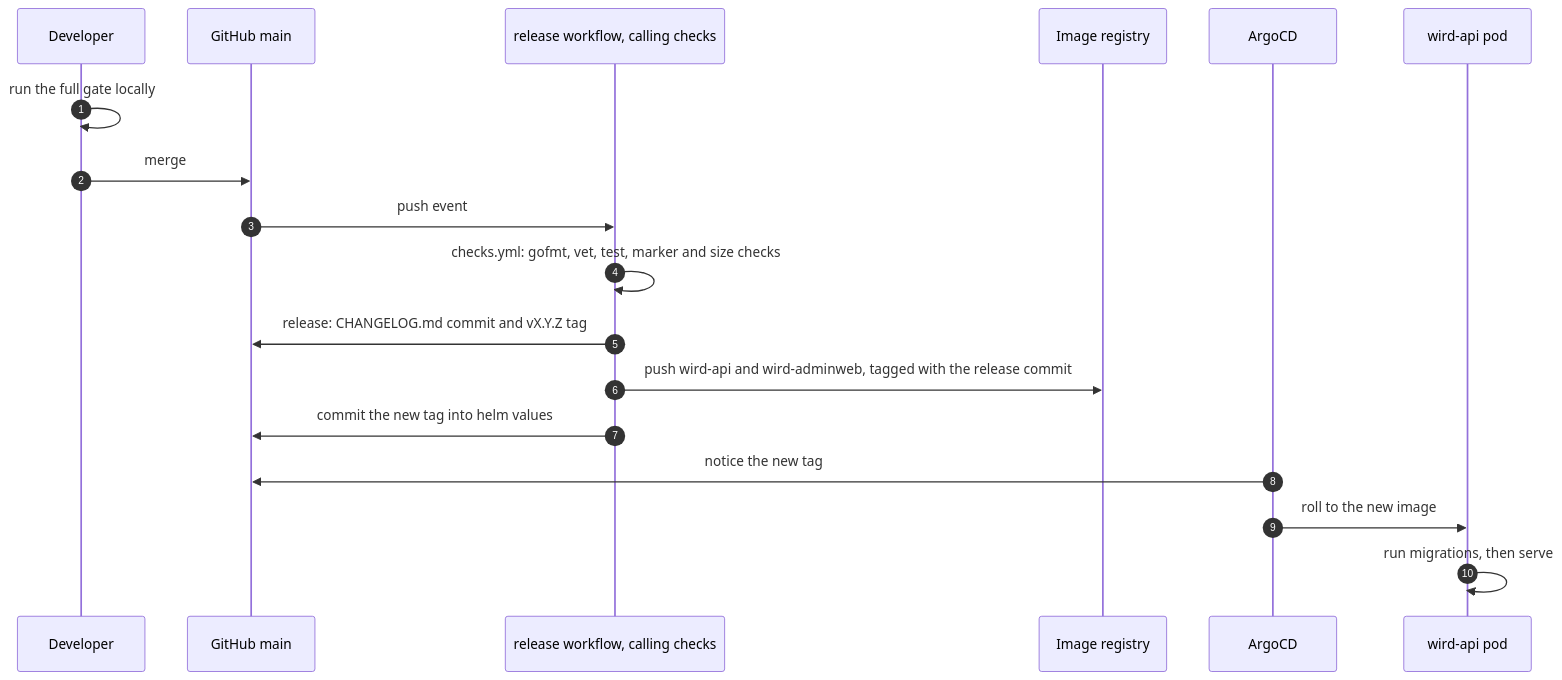
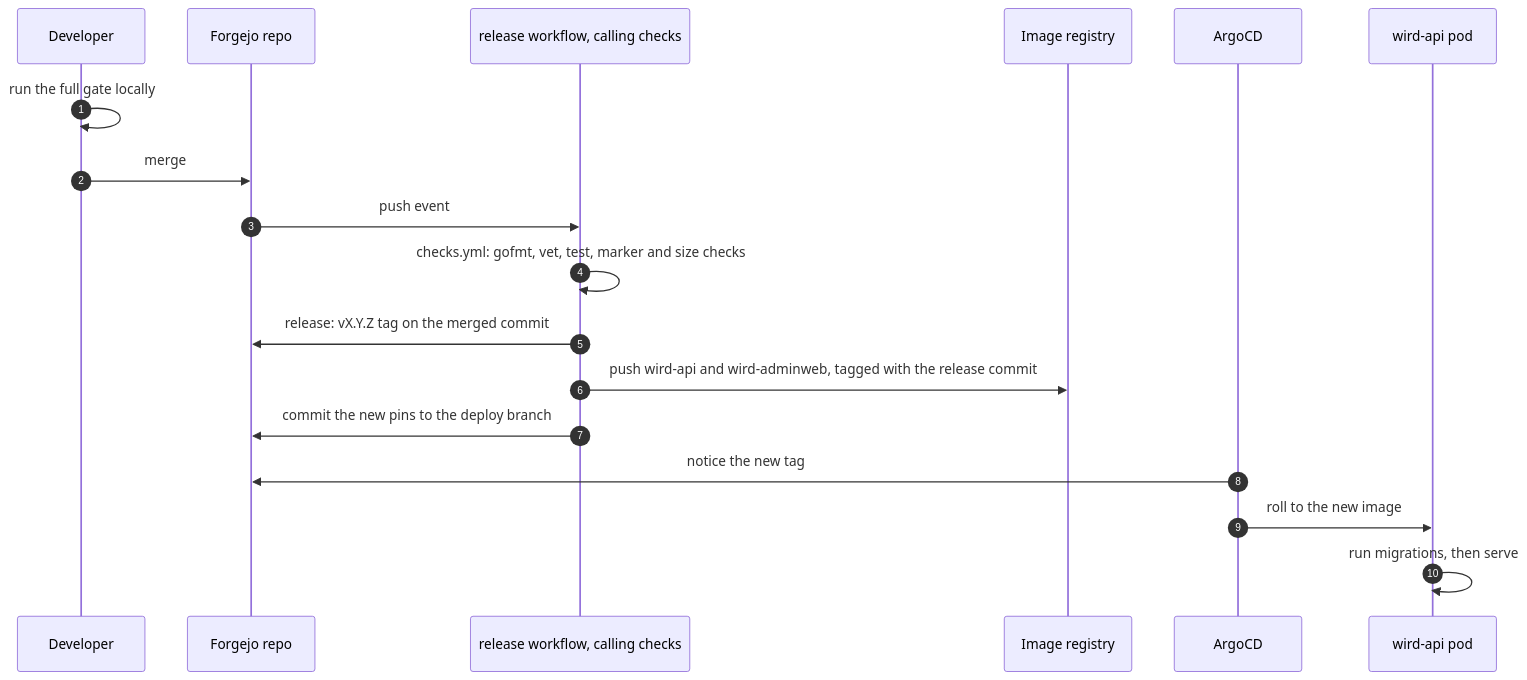
One commit to MohammadBnei/wird changed the first of 4 diagrams in docs/architecture/deploy.md. Above: the diagram before and after it, drawn with Mermaid. The commit also changed other lines of this file and 13 other files, not shown here.

````diff
--- a/docs/architecture/deploy.md
+++ b/docs/architecture/deploy.md
@@ -16,20 +16,20 @@
 ```mermaid
 sequenceDiagram
   autonumber
   participant Dev as Developer
-  participant GH as GitHub main
+  participant GH as Forgejo repo
   participant CI as release workflow, calling checks
   participant Reg as Image registry
   participant Argo as ArgoCD
   participant Pod as wird-api pod
   Dev->>Dev: run the full gate locally
   Dev->>GH: merge
   GH->>CI: push event
   CI->>CI: checks.yml: gofmt, vet, test, marker and size checks
-  CI->>GH: release: CHANGELOG.md commit and vX.Y.Z tag
+  CI->>GH: release: vX.Y.Z tag on the merged commit
   CI->>Reg: push wird-api and wird-adminweb, tagged with the release commit
-  CI->>GH: commit the new tag into helm values
+  CI->>GH: commit the new pins to the deploy branch
   Argo->>GH: notice the new tag
   Argo->>Pod: roll to the new image
   Pod->>Pod: run migrations, then serve
 ```
````
